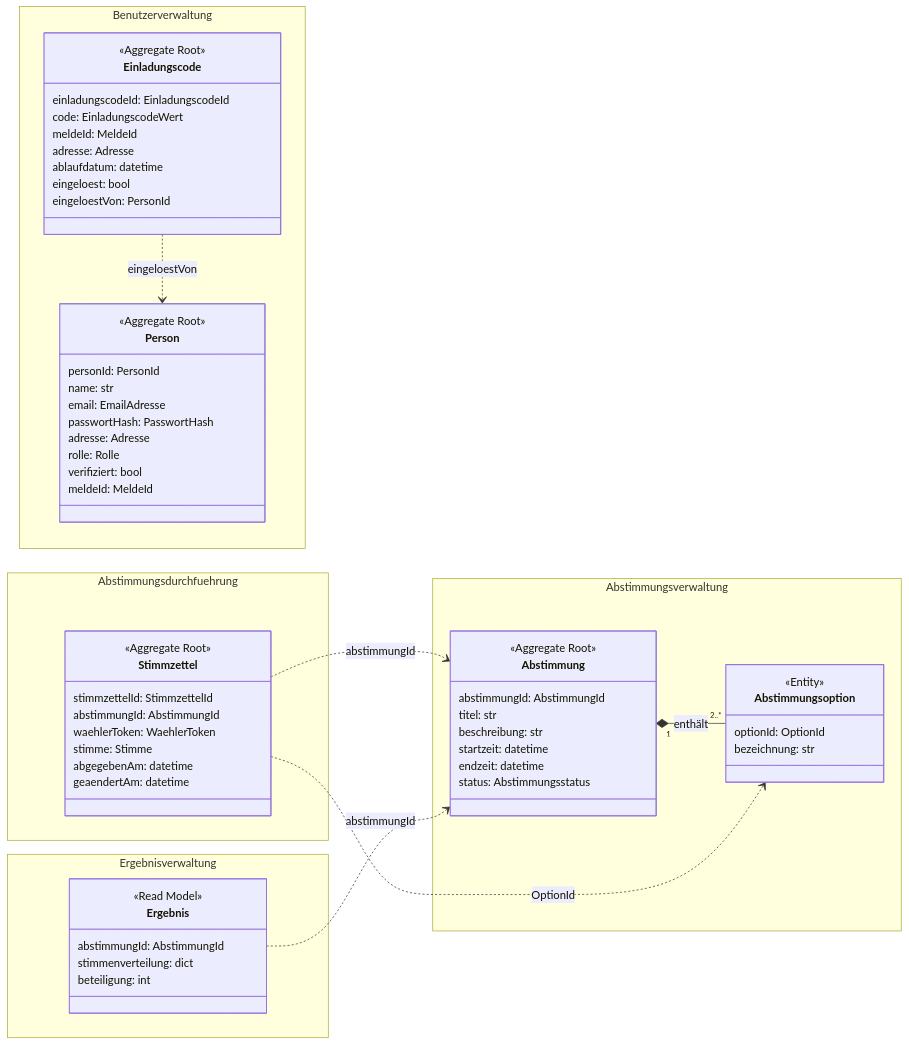
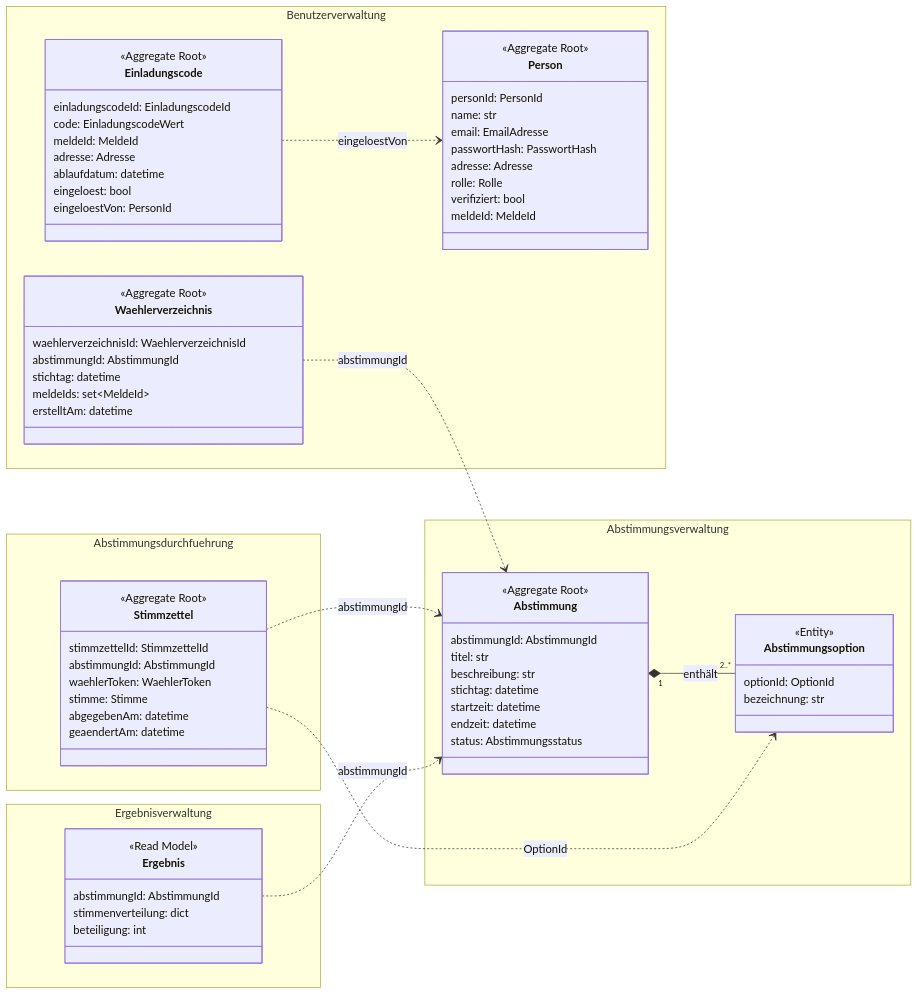
Before and after one commit to normaharley/ModerneSoftwarentwicklungWS26: the ninth of 9 diagrams in documentation/Uebung3.md, drawn with Mermaid. The commit also changed other lines of this file, not shown here.

Commit message:
Uebung 3: Fix for MeldeID Problem

````diff
--- a/documentation/Uebung3.md
+++ b/documentation/Uebung3.md
@@ -427,72 +460,82 @@
 ```mermaid
 classDiagram
     direction LR
 
     namespace Benutzerverwaltung {
         class Person {
             <<Aggregate Root>>
             personId: PersonId
             name: str
             email: EmailAdresse
             passwortHash: PasswortHash
             adresse: Adresse
             rolle: Rolle
             verifiziert: bool
             meldeId: MeldeId
         }
         class Einladungscode {
             <<Aggregate Root>>
             einladungscodeId: EinladungscodeId
             code: EinladungscodeWert
             meldeId: MeldeId
             adresse: Adresse
             ablaufdatum: datetime
             eingeloest: bool
             eingeloestVon: PersonId
         }
+        class Waehlerverzeichnis {
+            <<Aggregate Root>>
+            waehlerverzeichnisId: WaehlerverzeichnisId
+            abstimmungId: AbstimmungId
+            stichtag: datetime
+            meldeIds: set~MeldeId~
+            erstelltAm: datetime
+        }
     }
 
     namespace Abstimmungsverwaltung {
         class Abstimmung {
             <<Aggregate Root>>
             abstimmungId: AbstimmungId
             titel: str
             beschreibung: str
+            stichtag: datetime
             startzeit: datetime
             endzeit: datetime
             status: Abstimmungsstatus
         }
         class Abstimmungsoption {
             <<Entity>>
             optionId: OptionId
             bezeichnung: str
         }
     }
 
     namespace Abstimmungsdurchfuehrung {
         class Stimmzettel {
             <<Aggregate Root>>
             stimmzettelId: StimmzettelId
             abstimmungId: AbstimmungId
             waehlerToken: WaehlerToken
             stimme: Stimme
             abgegebenAm: datetime
             geaendertAm: datetime
         }
     }
 
     namespace Ergebnisverwaltung {
         class Ergebnis {
             <<Read Model>>
             abstimmungId: AbstimmungId
             stimmenverteilung: dict
             beteiligung: int
         }
     }
 
     Abstimmung "1" *-- "2..*" Abstimmungsoption : enthält
     Einladungscode ..> Person : eingeloestVon
+    Waehlerverzeichnis ..> Abstimmung : abstimmungId
     Stimmzettel ..> Abstimmung : abstimmungId
     Stimmzettel ..> Abstimmungsoption : OptionId
     Ergebnis ..> Abstimmung : abstimmungId
 ```
````
